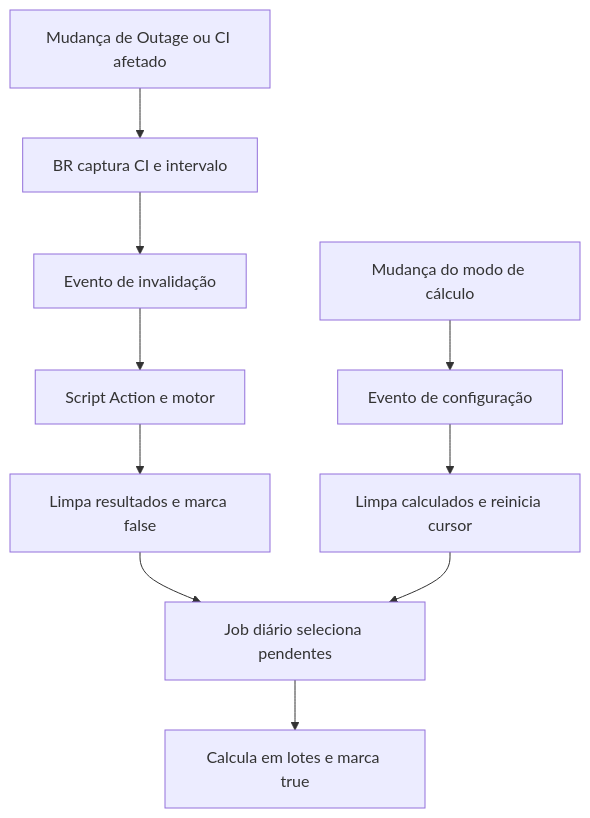
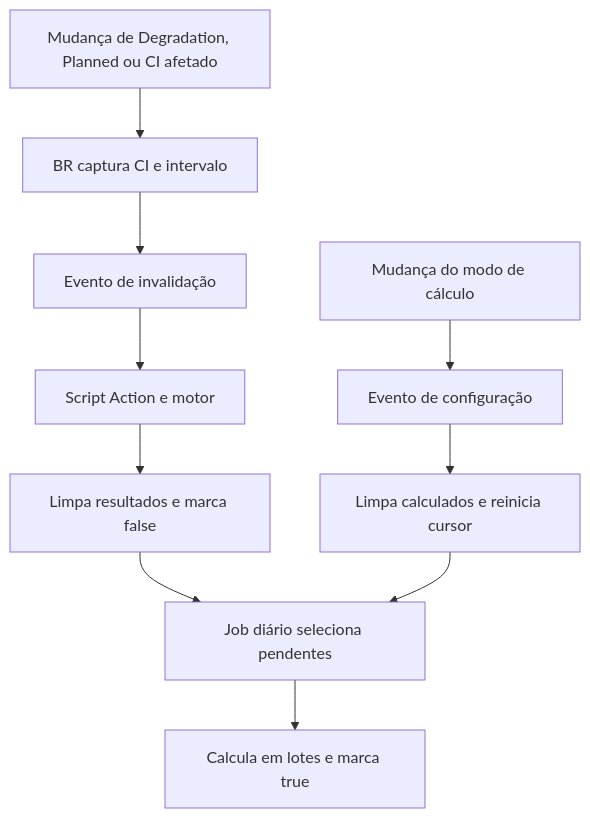
The diagram in service-availability-degradation/docs/ARCHITECTURE.md (PureTech-BR/SN-Custom-Solutions), drawn with Mermaid before and after one commit. The commit also changed other lines of this file and 7 other files, not shown here.

Commit message:
docs: clarify degradation eligibility and planned outage handling

````diff
--- a/service-availability-degradation/docs/ARCHITECTURE.md
+++ b/service-availability-degradation/docs/ARCHITECTURE.md
@@ -7,12 +21,12 @@
 ```mermaid
 flowchart TD
-    A["Mudança de Outage ou CI afetado"] --> B["BR captura CI e intervalo"]
+    A["Mudança de Degradation, Planned ou CI afetado"] --> B["BR captura CI e intervalo"]
     B --> C["Evento de invalidação"]
     C --> D["Script Action e motor"]
     D --> E["Limpa resultados e marca false"]
     F["Mudança do modo de cálculo"] --> G["Evento de configuração"]
     G --> H["Limpa calculados e reinicia cursor"]
     E --> I["Job diário seleciona pendentes"]
     H --> I
     I --> J["Calcula em lotes e marca true"]
 ```
````
